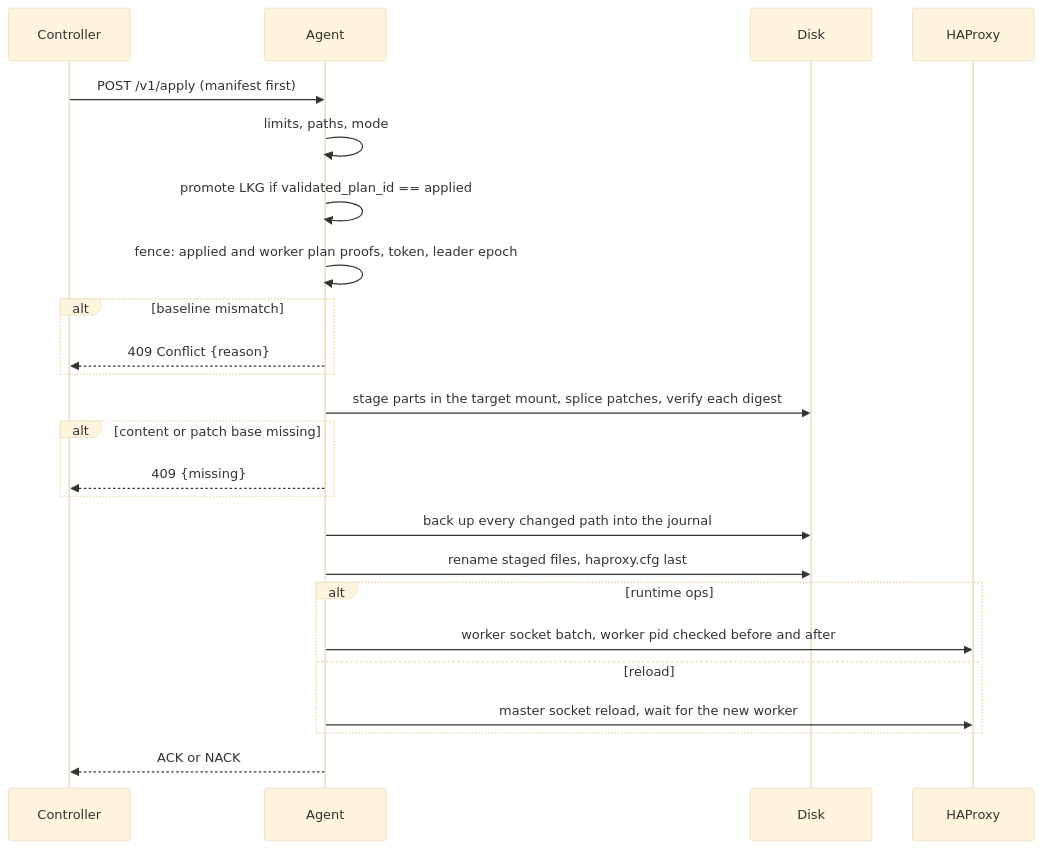
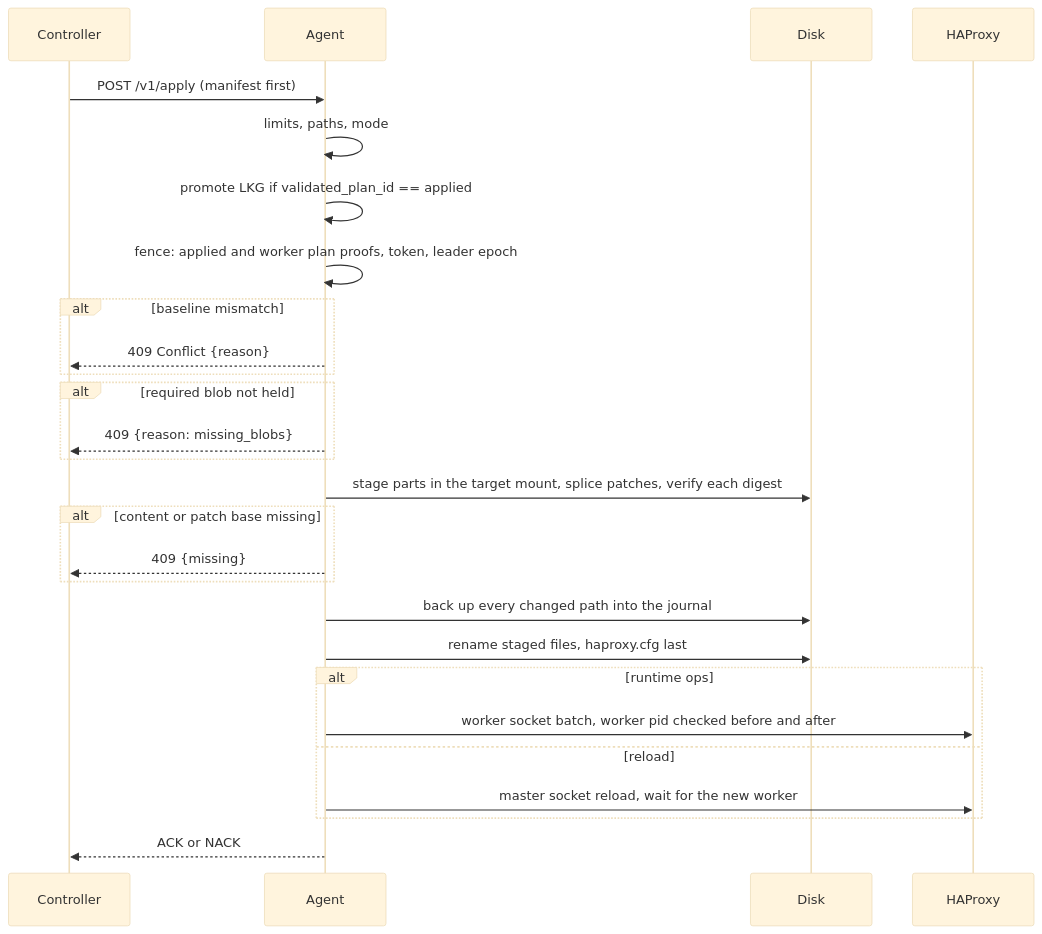
One commit to haproxy-haptic/HAPTIC changed the first of 2 diagrams in docs/site/docs/development/agent.md. Above: the diagram before and after it, drawn with Mermaid (base theme). The commit also changed other lines of this file and 33 other files, not shown here.

````diff
--- a/docs/site/docs/development/agent.md
+++ b/docs/site/docs/development/agent.md
@@ -165,27 +167,30 @@
 ```mermaid
 sequenceDiagram
     participant C as Controller
     participant A as Agent
     participant D as Disk
     participant H as HAProxy
 
     C->>A: POST /v1/apply (manifest first)
     A->>A: limits, paths, mode
     A->>A: promote LKG if validated_plan_id == applied
     A->>A: fence: applied and worker plan proofs, token, leader epoch
     alt baseline mismatch
         A-->>C: 409 Conflict {reason}
     end
+    alt required blob not held
+        A-->>C: 409 {reason: missing_blobs}
+    end
     A->>D: stage parts in the target mount, splice patches, verify each digest
     alt content or patch base missing
         A-->>C: 409 {missing}
     end
     A->>D: back up every changed path into the journal
     A->>D: rename staged files, haproxy.cfg last
     alt runtime ops
         A->>H: worker socket batch, worker pid checked before and after
     else reload
         A->>H: master socket reload, wait for the new worker
     end
     A-->>C: ACK or NACK
 ```
````
